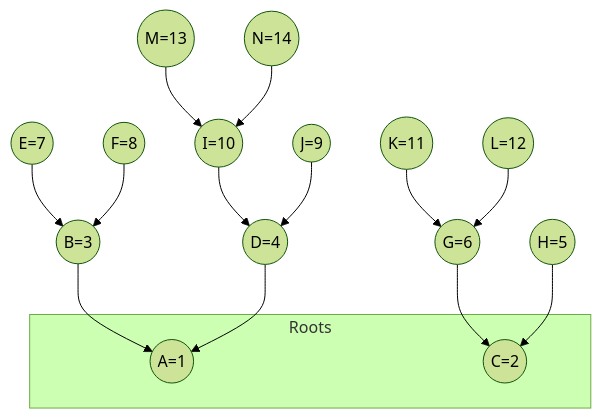
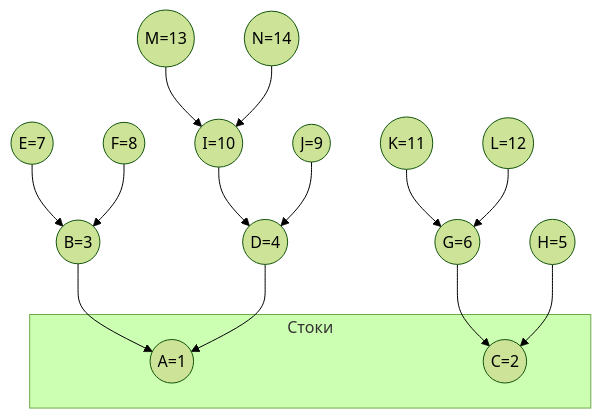
Before and after one commit to hse-algo-psapr-25/manual-tasks: the second of 3 diagrams in Задание 10/qwerty.md, drawn with Mermaid (forest theme). The commit also changed other lines of this file, not shown here.

````diff
--- a/Задание 10/qwerty.md
+++ b/Задание 10/qwerty.md
@@ -60,20 +60,20 @@
 ```mermaid
 graph TB
-    subgraph Roots
+    subgraph Стоки
         A((A=1))
         C((C=2))
     end
 
     K((K=11))-->G((G=6))
     L((L=12))-->G((G=6))
     G((G=6))-->C((C=2))
     H((H=5))-->C((C=2))
     M((M=13))-->I((I=10))
     N((N=14))-->I((I=10))
     I((I=10))-->D((D=4))
     J((J=9))-->D((D=4))
     E((E=7))-->B((B=3))
     F((F=8))-->B((B=3))
     B((B=3))-->A((A=1))
     D((D=4))-->A((A=1))
 ```
````
